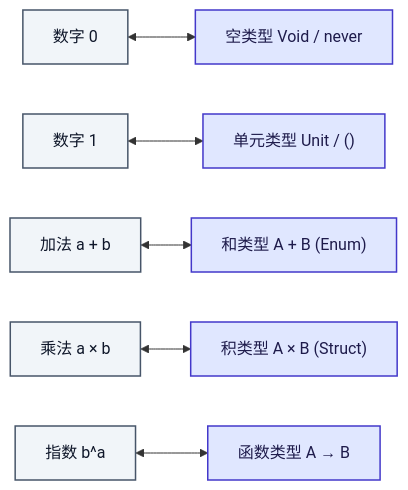
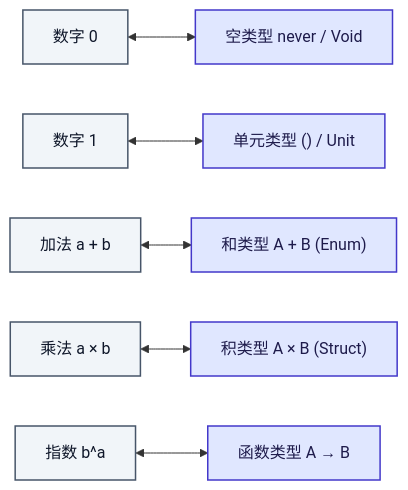
Before and after one commit to jihaohaaaa/gfxvis: the first of 3 diagrams in src/content/posts/type-systems/algebraic-data-types-and-recursive-types.mdx, drawn with Mermaid. The commit also changed other lines of this file and 6 other files, not shown here.

Commit message:
feat(content): add subtype and variance article, interactive diagram, and E2E tests

````diff
--- a/src/content/posts/type-systems/algebraic-data-types-and-recursive-types.mdx
+++ b/src/content/posts/type-systems/algebraic-data-types-and-recursive-types.mdx
@@ -78,11 +80,11 @@
 ```mermaid
 graph LR
     classDef algebra fill:#f1f5f9,stroke:#475569,stroke-width:1.5px,color:#0f172a;
     classDef pl fill:#e0e7ff,stroke:#4338ca,stroke-width:1.5px,color:#1e1b4b;
 
-    Zero["数字 0"]:::algebra <--> Void["空类型 Void / never"]:::pl
-    One["数字 1"]:::algebra <--> Unit["单元类型 Unit / ()"]:::pl
+    Zero["数字 0"]:::algebra <--> Void["空类型 never / Void"]:::pl
+    One["数字 1"]:::algebra <--> Unit["单元类型 () / Unit"]:::pl
     Add["加法 a + b"]:::algebra <--> Sum["和类型 A + B (Enum)"]:::pl
     Mult["乘法 a × b"]:::algebra <--> Prod["积类型 A × B (Struct)"]:::pl
     Exp["指数 b^a"]:::algebra <--> Func["函数类型 A → B"]:::pl
 ```
````
